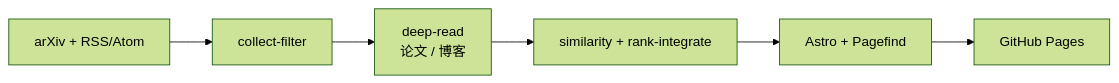
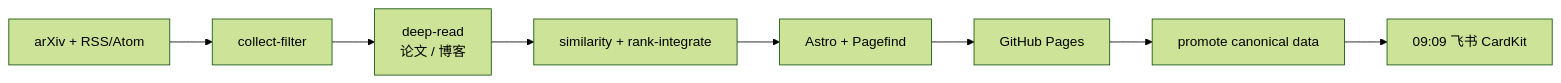
The diagram in README.md (Bin-Zhang-hhht/rec-sys-daily), drawn with Mermaid (forest theme) before and after one commit. The commit also changed other lines of this file and 7 other files, not shown here.

````diff
--- a/README.md
+++ b/README.md
@@ -46,8 +48,10 @@
 ```mermaid
 flowchart LR
     source["arXiv + RSS/Atom"] --> collect["collect-filter"]
     collect --> read["deep-read\n论文 / 博客"]
     read --> integrate["similarity + rank-integrate"]
     integrate --> site["Astro + Pagefind"]
     site --> pages["GitHub Pages"]
+    pages --> promote["promote canonical data"]
+    promote --> notify["09:09 飞书 CardKit"]
 ```
````
